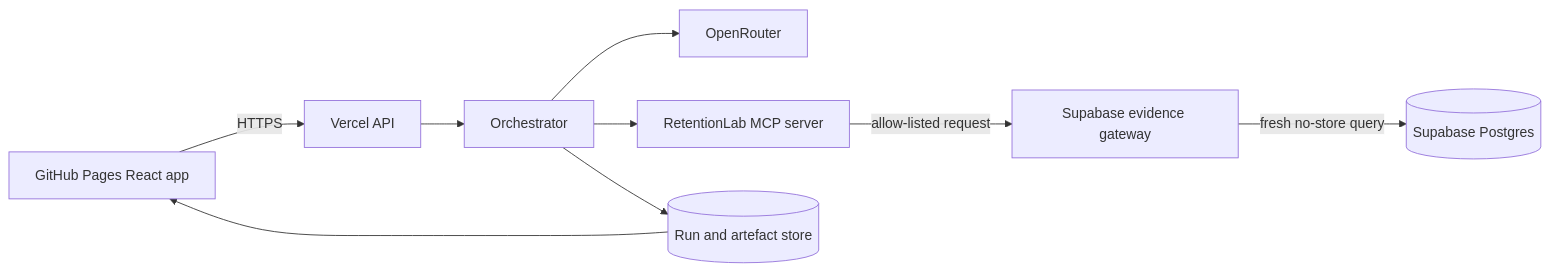
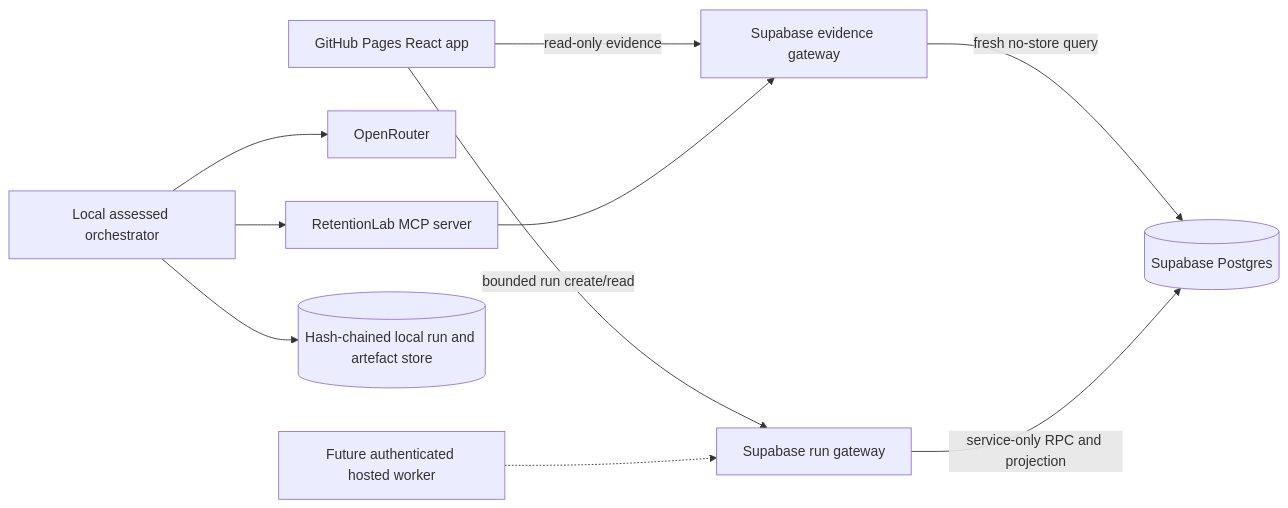
The diagram in docs/architecture.md (Dnyanesh1999/retentionlab-agentic-organisation), drawn with Mermaid before and after one commit. The commit also changed other lines of this file and 16 other files, not shown here.

Commit message:
Add hosted governed run foundation

````diff
--- a/docs/architecture.md
+++ b/docs/architecture.md
@@ -12,11 +12,12 @@
 ```mermaid
 flowchart LR
-    A[GitHub Pages React app] -->|HTTPS| B[Vercel API]
-    B --> C[Orchestrator]
-    C --> D[OpenRouter]
+    A[GitHub Pages React app] -->|read-only evidence| H[Supabase evidence gateway]
+    A -->|bounded run create/read| R[Supabase run gateway]
+    H -->|fresh no-store query| F[(Supabase Postgres)]
+    R -->|service-only RPC and projection| F
+    C[Local assessed orchestrator] --> D[OpenRouter]
     C --> E[RetentionLab MCP server]
-    E -->|allow-listed request| H[Supabase evidence gateway]
-    H -->|fresh no-store query| F[(Supabase Postgres)]
-    C --> G[(Run and artefact store)]
-    G --> A
+    E --> H
+    C --> G[(Hash-chained local run and artefact store)]
+    W[Future authenticated hosted worker] -.-> R
 ```
````
